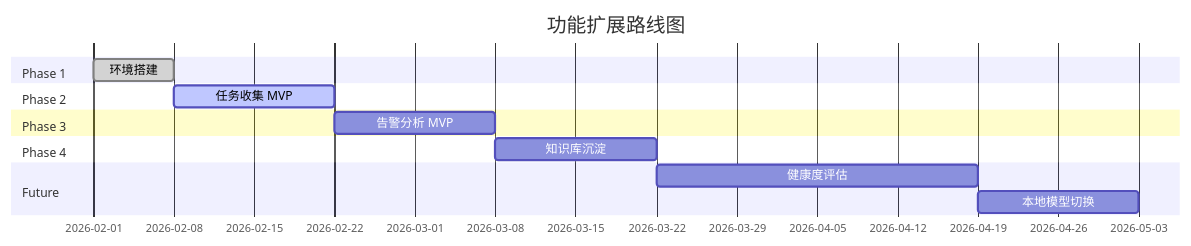
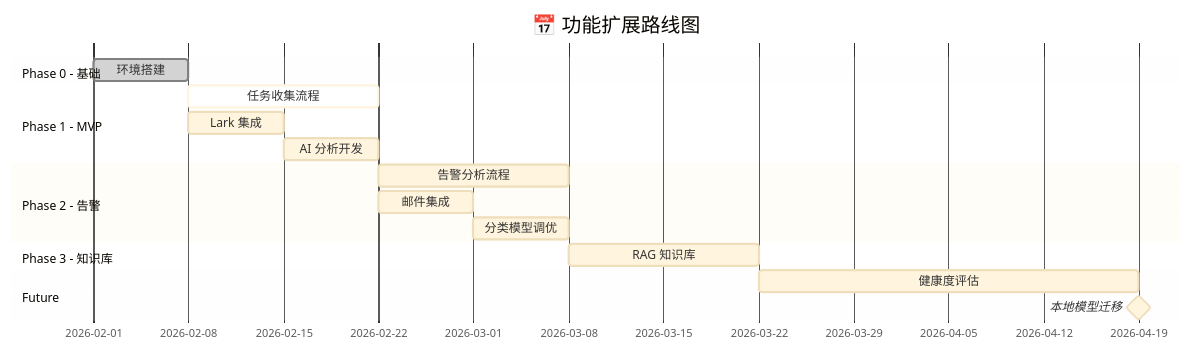
One commit to karl9141/ai-platform-technical changed diagram 11 of 11 in docs/architecture/system-architecture.md. Above: the diagram before and after it, drawn with Mermaid. The commit also changed other lines of this file, not shown here.

Commit message:
docs: Enterprise-grade architecture diagrams with detailed Mermaid charts

````diff
--- a/docs/architecture/system-architecture.md
+++ b/docs/architecture/system-architecture.md
@@ -246,16 +472,26 @@
 ```mermaid
+%%{init: {'theme': 'base'}}%%
 gantt
-    title 功能扩展路线图
-    dateFormat  YYYY-MM
-    section Phase 1
-    环境搭建           :done, p0, 2026-02, 1w
-    section Phase 2
-    任务收集 MVP       :active, p1, after p0, 2w
-    section Phase 3
-    告警分析 MVP       :p2, after p1, 2w
-    section Phase 4
-    知识库沉淀         :p3, after p2, 2w
+    title 📅 功能扩展路线图
+    dateFormat YYYY-MM-DD
+    
+    section Phase 0 - 基础
+    环境搭建           :done, p0, 2026-02-01, 1w
+    
+    section Phase 1 - MVP
+    任务收集流程       :active, p1, after p0, 2w
+    Lark 集成         :p1a, after p0, 1w
+    AI 分析开发       :p1b, after p1a, 1w
+    
+    section Phase 2 - 告警
+    告警分析流程       :p2, after p1, 2w
+    邮件集成          :p2a, after p1, 1w
+    分类模型调优      :p2b, after p2a, 1w
+    
+    section Phase 3 - 知识库
+    RAG 知识库        :p3, after p2, 2w
+    
     section Future
-    健康度评估         :p4, after p3, 4w
-    本地模型切换       :p5, after p4, 2w
+    健康度评估        :p4, after p3, 4w
+    本地模型迁移      :milestone, p5, after p4, 0d
 ```
````
